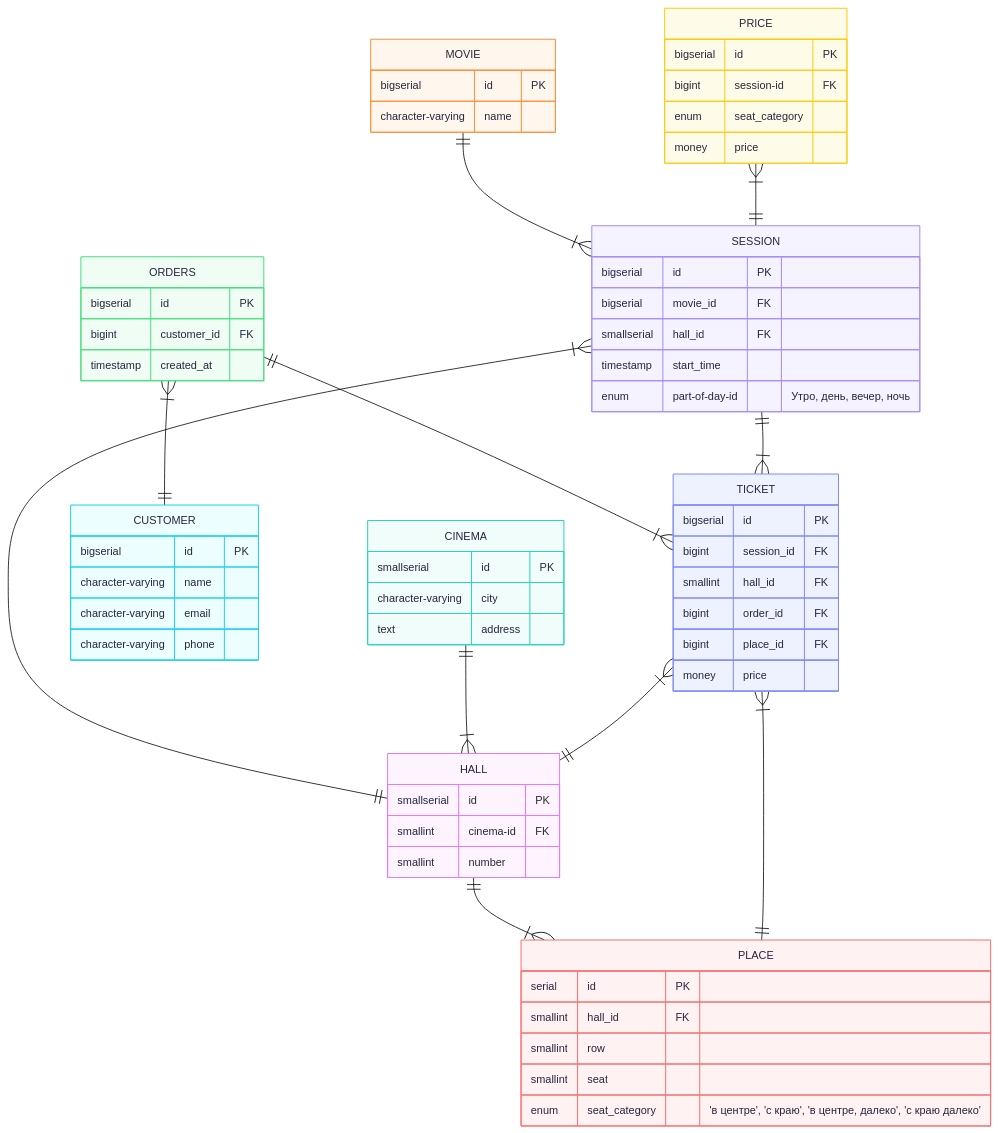
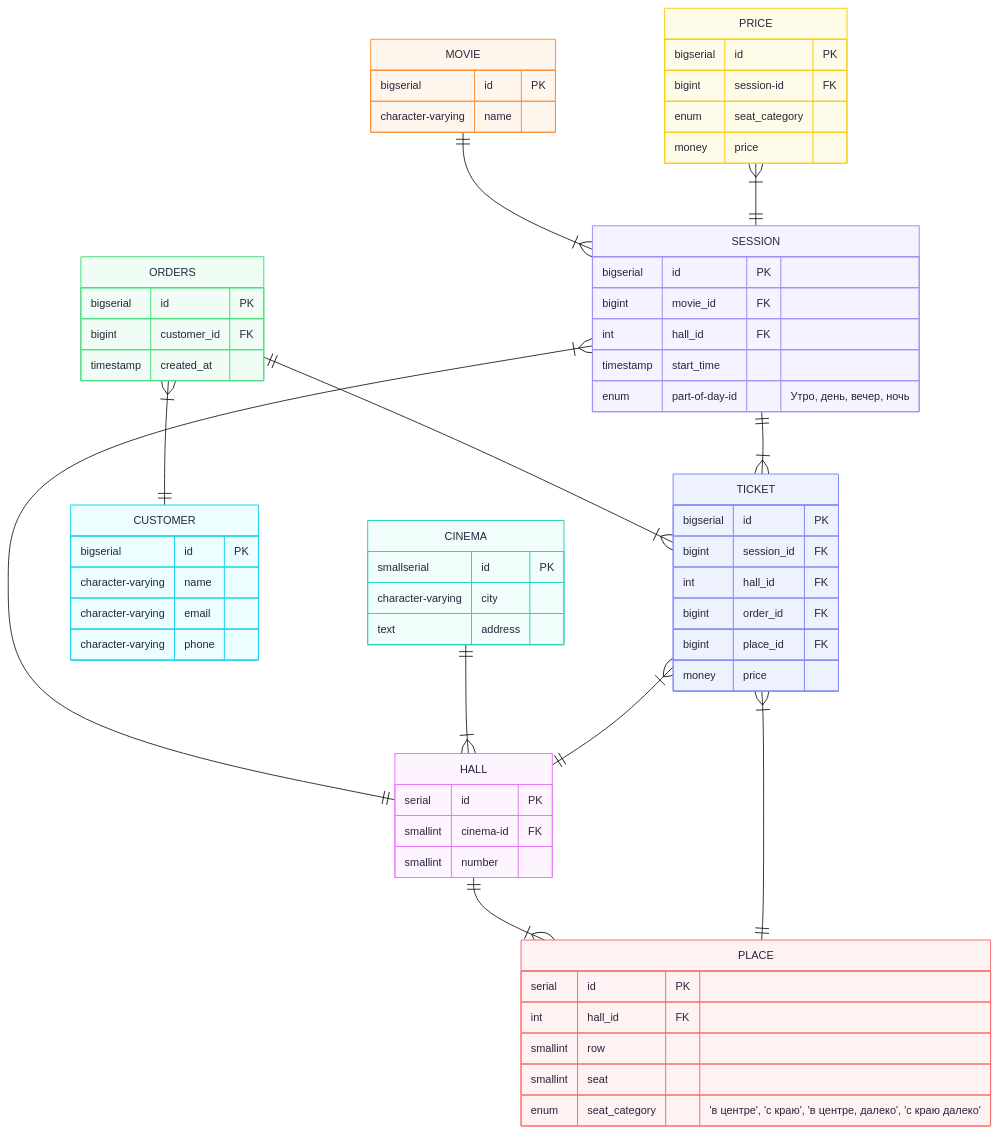
One commit to otusteamedu/PHP_2025 changed the diagram in cinema.mmd. Above: the diagram before and after it, drawn with Mermaid. The commit also changed 1 other file, not shown here.

Commit message:
feat(database schema): Changed id type in hall table

```diff
--- a/cinema.mmd
+++ b/cinema.mmd
@@ -1,79 +1,79 @@
 ---
 config:
   theme: redux-color
   layout: dagre
 ---
 erDiagram
 	direction TB
 	HALL {
-		smallserial id PK ""
+		serial id PK ""
 		smallint cinema-id FK ""
 		smallint number  ""
 	}
 
 	CINEMA {
 		smallserial id PK ""
 		character-varying city  ""
 		text address  ""
 	}
 
 	MOVIE {
 		bigserial id PK ""
 		character-varying name  ""
 	}
 
 	CUSTOMER {
 		bigserial id PK ""
 		character-varying name  ""
 		character-varying email  ""
 		character-varying phone  ""
 	}
 
 	ORDERS {
 		bigserial id PK ""
 		bigint customer_id FK ""
 		timestamp created_at  ""
 	}
 
 	SESSION {
 		bigserial id PK ""
-		bigserial movie_id FK ""
-		smallserial hall_id FK ""
+		bigint movie_id FK ""
+		int hall_id FK ""
 		timestamp start_time  ""
 		enum part-of-day-id  "Утро, день, вечер, ночь"
 	}
 
 	PLACE {
 		serial id PK ""
-		smallint hall_id FK ""
+		int hall_id FK ""
 		smallint row  ""
 		smallint seat  ""
 		enum seat_category  "'в центре', 'с краю', 'в центре, далеко', 'с краю далеко'"
 	}
 
 	PRICE {
 		bigserial id PK ""
 		bigint session-id FK ""
 		enum seat_category  ""
 		money price  ""
 	}
 
 	TICKET {
 		bigserial id PK ""
 		bigint session_id FK ""
-		smallint hall_id FK ""
+		int hall_id FK ""
 		bigint order_id FK ""
 		bigint place_id FK ""
 		money price  ""
 	}
 
 	HALL||--|{PLACE:"  "
 	ORDERS}|--||CUSTOMER:"  "
 	MOVIE||--|{SESSION:"  "
 	SESSION}|--||HALL:"  "
 	CINEMA||--|{HALL:"  "
 	TICKET}|--||PLACE:"  "
 	ORDERS||--|{TICKET:"  "
 	SESSION||--|{TICKET:"  "
 	PRICE}|--||SESSION:"  "
 	TICKET}|--||HALL:"  "
```
